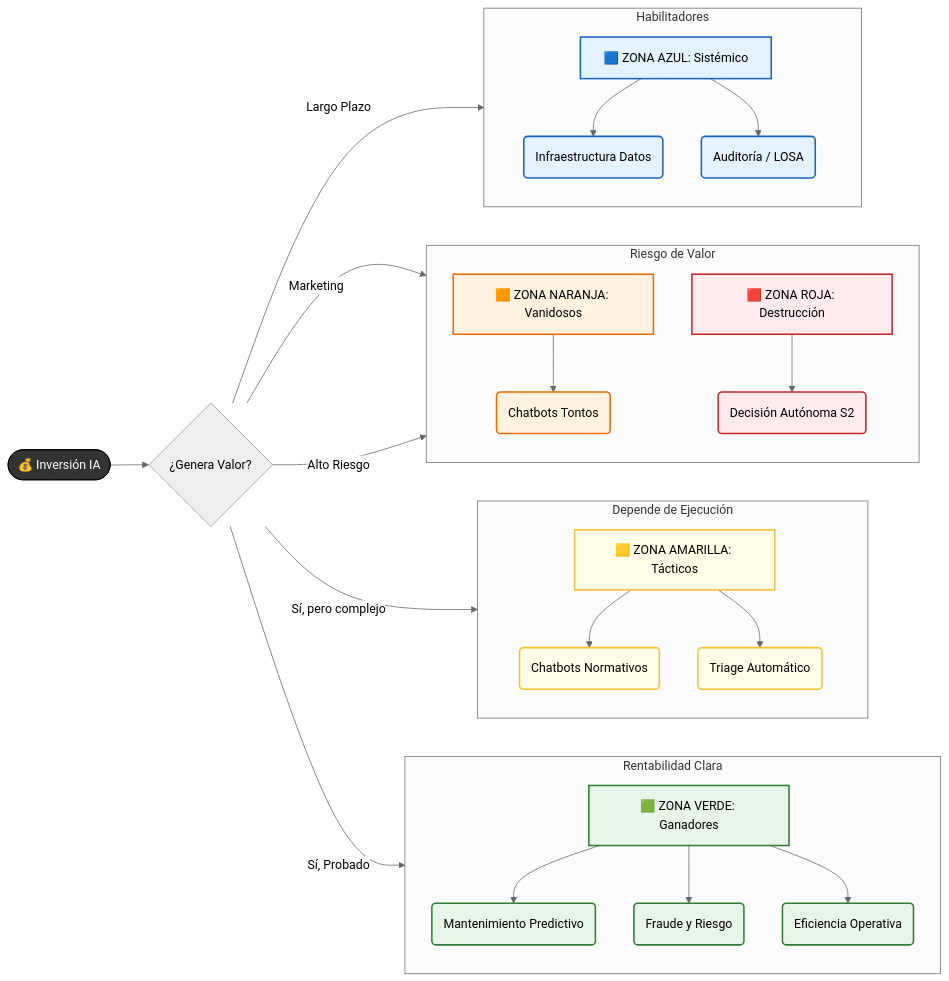
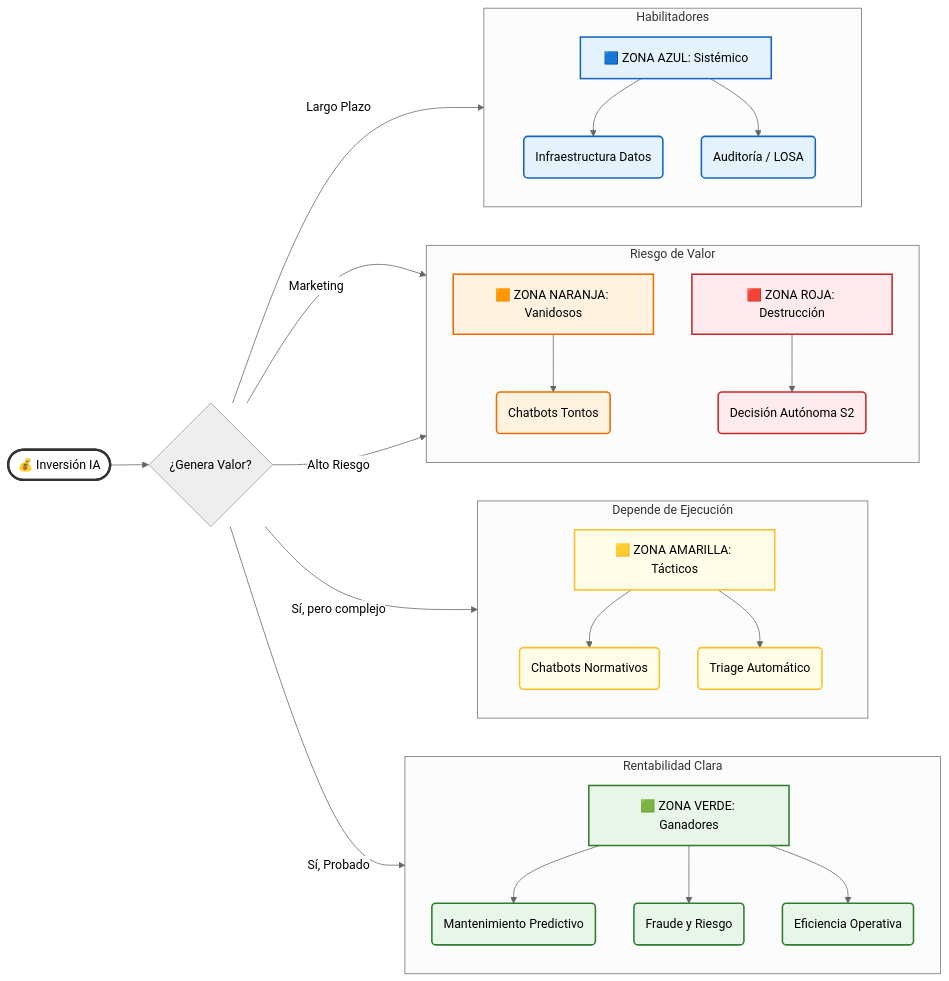
The diagram in docs/guias/12-ROI-Financiero.md (jccarvajal/Arquitectura-IA), drawn with Mermaid (neutral theme) before and after one commit.

````diff
--- a/docs/guias/12-ROI-Financiero.md
+++ b/docs/guias/12-ROI-Financiero.md
@@ -15,54 +15,56 @@
 ```mermaid
 graph LR
     Invest([💰 Inversión IA]) --> Evaluacion{¿Genera Valor?}
 
     %% ZONA VERDE
     Evaluacion -->|Sí, Probado| Green[🟩 ZONA VERDE: Ganadores]
     subgraph Z_Green [Rentabilidad Clara]
         direction TB
         Green --> G1(Mantenimiento Predictivo)
         Green --> G2(Fraude y Riesgo)
         Green --> G3(Eficiencia Operativa)
     end
 
     %% ZONA AMARILLA
     Evaluacion -->|Sí, pero complejo| Yellow[🟨 ZONA AMARILLA: Tácticos]
     subgraph Z_Yellow [Depende de Ejecución]
         direction TB
         Yellow --> Y1(Chatbots Normativos)
         Yellow --> Y2(Triage Automático)
     end
 
     %% ZONA NARANJA Y ROJA
     Evaluacion -->|Marketing| Orange[🟧 ZONA NARANJA: Vanidosos]
     Evaluacion -->|Alto Riesgo| Red[🟥 ZONA ROJA: Destrucción]
 
     subgraph Z_Risk [Riesgo de Valor]
         direction TB
         Orange --> O1(Chatbots Tontos)
         Red --> R1(Decisión Autónoma S2)
     end
 
     %% ZONA AZUL
     Evaluacion -->|Largo Plazo| Blue[🟦 ZONA AZUL: Sistémico]
     subgraph Z_Blue [Habilitadores]
         direction TB
         Blue --> B1(Infraestructura Datos)
         Blue --> B2(Auditoría / LOSA)
     end
 
-    %% ESTILOS
-    classDef green fill:#e8f5e9,stroke:#2e7d32,stroke-width:2px;
-    classDef yellow fill:#fffde7,stroke:#fbc02d,stroke-width:2px;
-    classDef orange fill:#fff3e0,stroke:#ef6c00,stroke-width:2px;
-    classDef red fill:#ffebee,stroke:#c62828,stroke-width:2px;
-    classDef blue fill:#e3f2fd,stroke:#1565c0,stroke-width:2px;
-    classDef base fill:#333,color:#fff,stroke:#000;
+    %% ESTILOS CORREGIDOS (Fondo claro para todos para asegurar contraste)
+    classDef green fill:#e8f5e9,stroke:#2e7d32,stroke-width:2px,color:#000;
+    classDef yellow fill:#fffde7,stroke:#fbc02d,stroke-width:2px,color:#000;
+    classDef orange fill:#fff3e0,stroke:#ef6c00,stroke-width:2px,color:#000;
+    classDef red fill:#ffebee,stroke:#c62828,stroke-width:2px,color:#000;
+    classDef blue fill:#e3f2fd,stroke:#1565c0,stroke-width:2px,color:#000;
+    
+    %% ESTILO DEL NODO INICIO (CAMBIADO: Fondo blanco, borde negro, texto negro)
+    classDef base fill:#ffffff,stroke:#333,stroke-width:3px,color:#000;
 
     class Green,G1,G2,G3 green;
     class Yellow,Y1,Y2 yellow;
     class Orange,O1 orange;
     class Red,R1 red;
     class Blue,B1,B2 blue;
-    class Invest base;
+    class Invest base; 
 ```
````
